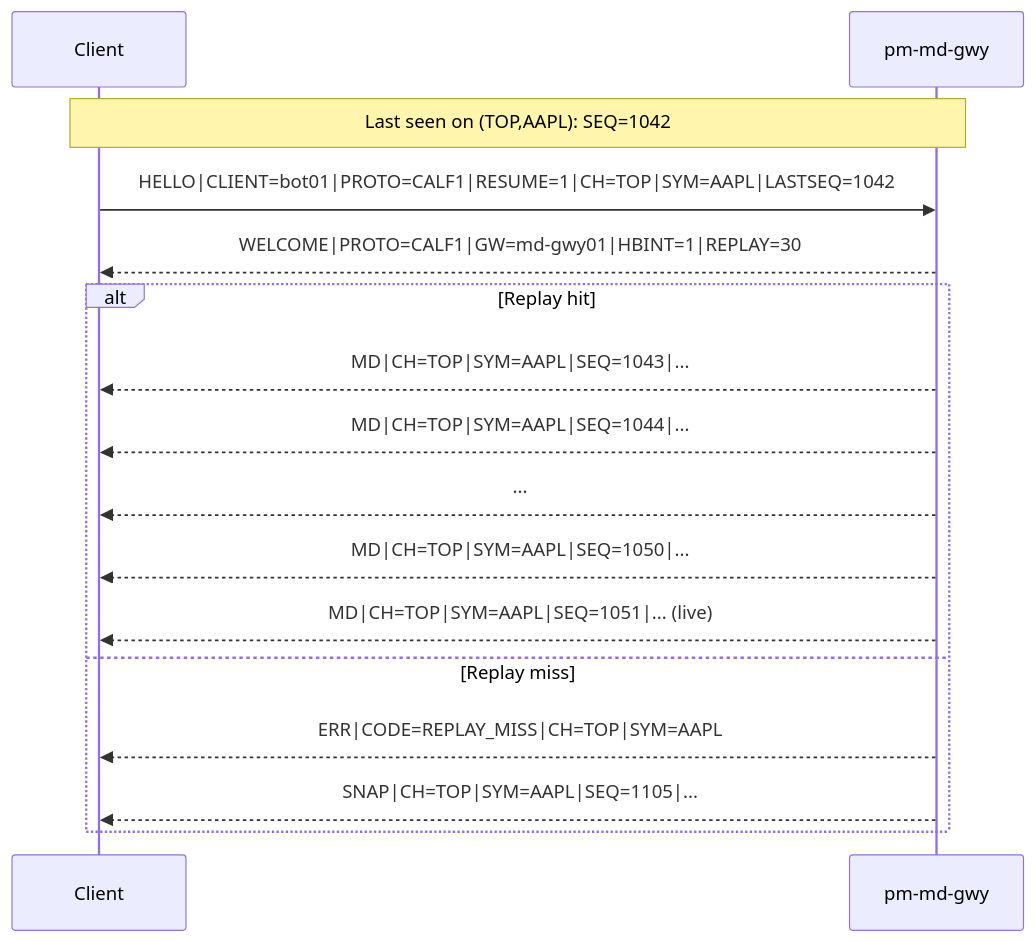
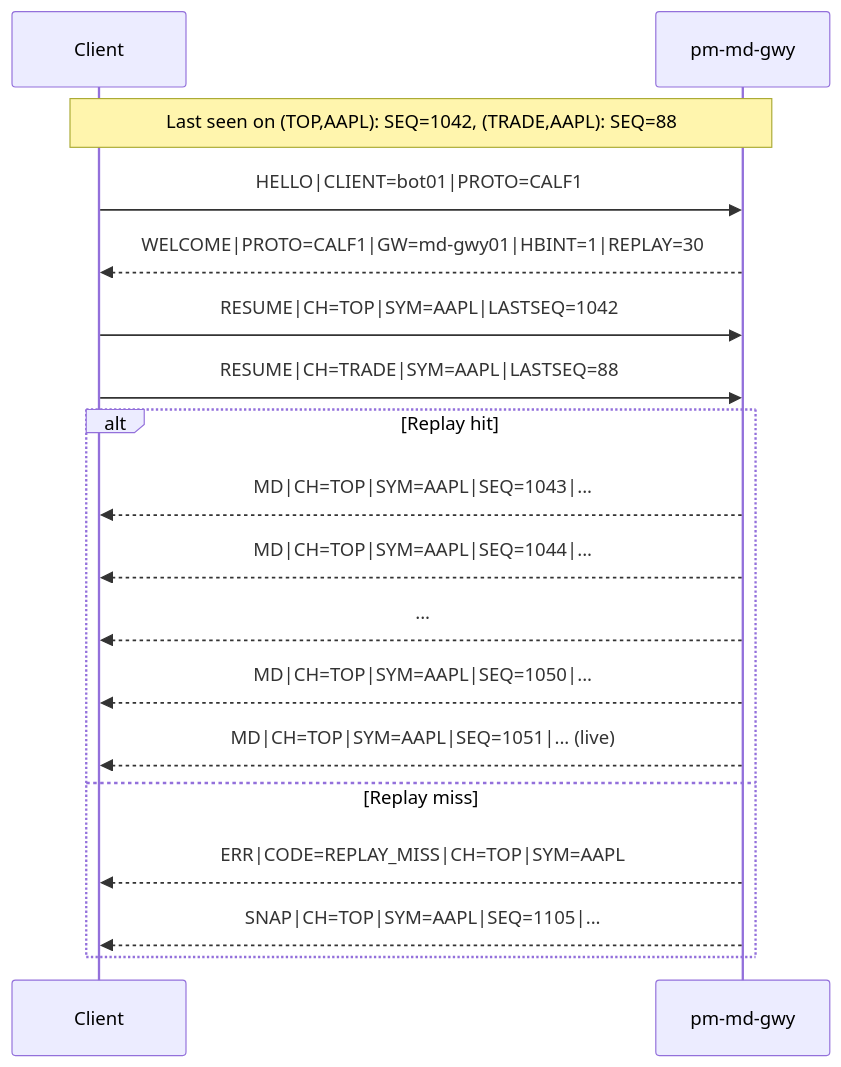
The third of 4 diagrams in docs/user-guide/920-app-calf-protocol.md (johan162/EduMatcher), drawn with Mermaid before and after one commit. The commit also changed other lines of this file and 65 other files, not shown here.

````diff
--- a/docs/user-guide/920-app-calf-protocol.md
+++ b/docs/user-guide/920-app-calf-protocol.md
@@ -846,20 +914,22 @@
 ```mermaid
 sequenceDiagram
     participant C as Client
     participant G as pm-md-gwy
 
-    Note over C,G: Last seen on (TOP,AAPL): SEQ=1042
-    C->>G: HELLO|CLIENT=bot01|PROTO=CALF1|RESUME=1|CH=TOP|SYM=AAPL|LASTSEQ=1042
+    Note over C,G: Last seen on (TOP,AAPL): SEQ=1042, (TRADE,AAPL): SEQ=88
+    C->>G: HELLO|CLIENT=bot01|PROTO=CALF1
     G-->>C: WELCOME|PROTO=CALF1|GW=md-gwy01|HBINT=1|REPLAY=30
+    C->>G: RESUME|CH=TOP|SYM=AAPL|LASTSEQ=1042
+    C->>G: RESUME|CH=TRADE|SYM=AAPL|LASTSEQ=88
 
     alt Replay hit
         G-->>C: MD|CH=TOP|SYM=AAPL|SEQ=1043|...
         G-->>C: MD|CH=TOP|SYM=AAPL|SEQ=1044|...
         G-->>C: ...
         G-->>C: MD|CH=TOP|SYM=AAPL|SEQ=1050|...
         G-->>C: MD|CH=TOP|SYM=AAPL|SEQ=1051|... (live)
     else Replay miss
         G-->>C: ERR|CODE=REPLAY_MISS|CH=TOP|SYM=AAPL
         G-->>C: SNAP|CH=TOP|SYM=AAPL|SEQ=1105|...
     end
 ```
````
